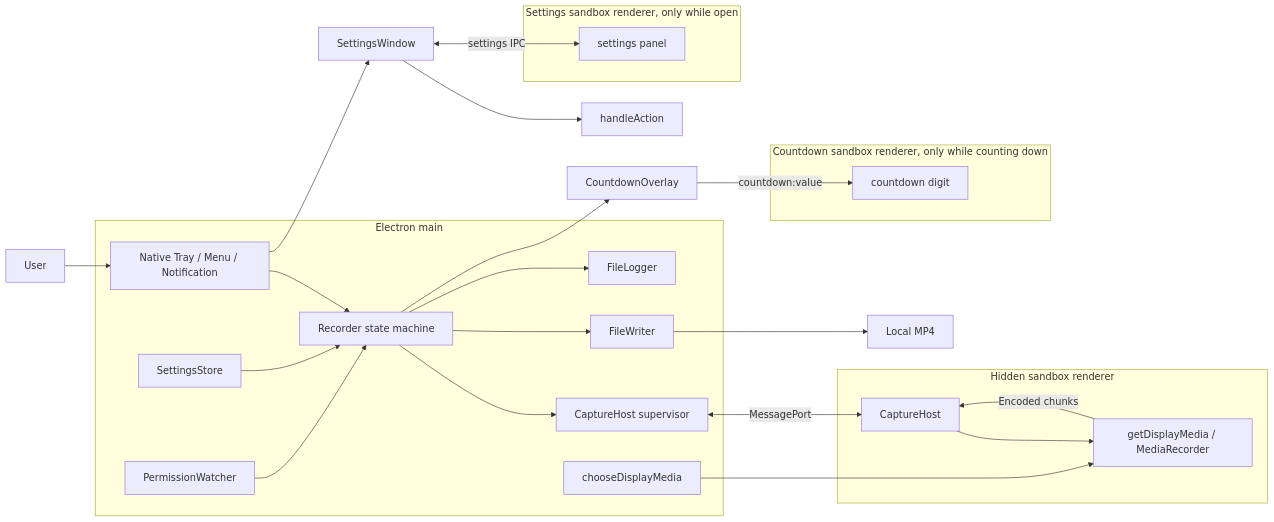
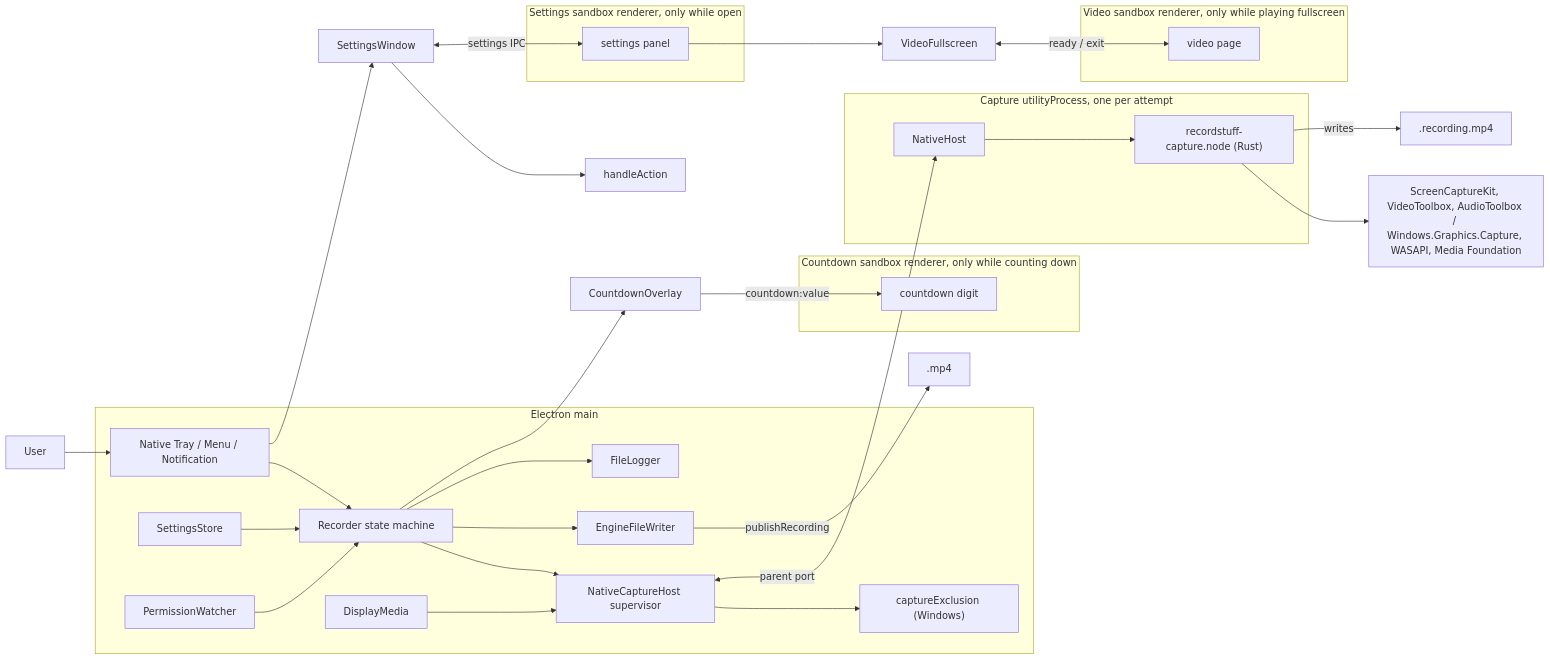
Before and after one commit to EricTsai83/recordstuff: the diagram in docs/system-design/architecture.md, drawn with Mermaid. The commit also changed other lines of this file and 51 other files, not shown here.

First line of the commit message:
docs: document the native engine and close plan 076

````diff
--- a/docs/system-design/architecture.md
+++ b/docs/system-design/architecture.md
@@ -13,31 +11,37 @@
 ```mermaid
 flowchart LR
     User[User] --> Tray[Native Tray / Menu / Notification]
     subgraph Main[Electron main]
       Tray --> Recorder[Recorder state machine]
       Settings[SettingsStore] --> Recorder
       Permission[PermissionWatcher] --> Recorder
-      Recorder --> Supervisor[CaptureHost supervisor]
-      Recorder --> Writer[FileWriter]
+      Recorder --> Supervisor[NativeCaptureHost supervisor]
+      Recorder --> Writer[EngineFileWriter]
       Recorder --> Log[FileLogger]
-      Select[chooseDisplayMedia]
+      Display[DisplayMedia] --> Supervisor
+      Supervisor --> Exclusion["captureExclusion (Windows)"]
     end
     Tray --> Panel[SettingsWindow]
     Panel --> Action[handleAction]
-    Supervisor <-->|MessagePort| Host
-    subgraph Renderer[Hidden sandbox renderer]
-      Host[CaptureHost] --> Media[getDisplayMedia / MediaRecorder]
+    Supervisor <-->|parent port| Host
+    subgraph Capture["Capture utilityProcess, one per attempt"]
+      Host[NativeHost] --> Engine["recordstuff-capture.node (Rust)"]
     end
+    Engine --> OS["ScreenCaptureKit, VideoToolbox, AudioToolbox / Windows.Graphics.Capture, WASAPI, Media Foundation"]
+    Engine -->|writes| Temp[".recording.mp4"]
+    Writer -->|publishRecording| Final[".mp4"]
     subgraph PanelRenderer[Settings sandbox renderer, only while open]
       Page[settings panel]
     end
     Panel <-->|settings IPC| Page
     Recorder --> Overlay[CountdownOverlay]
     subgraph OverlayRenderer[Countdown sandbox renderer, only while counting down]
       Digit[countdown digit]
     end
     Overlay -->|countdown:value| Digit
-    Select --> Media
-    Media -->|Encoded chunks| Host
-    Writer --> Disk[Local MP4]
+    Page --> Video[VideoFullscreen]
+    subgraph VideoRenderer[Video sandbox renderer, only while playing fullscreen]
+      Player[video page]
+    end
+    Video <-->|ready / exit| Player
 ```
````
